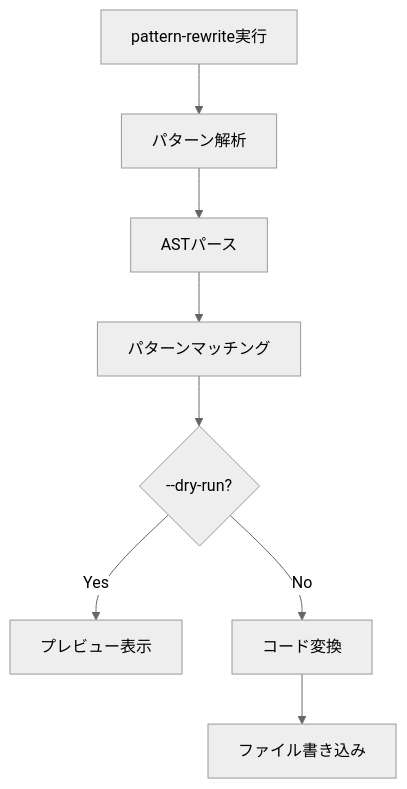
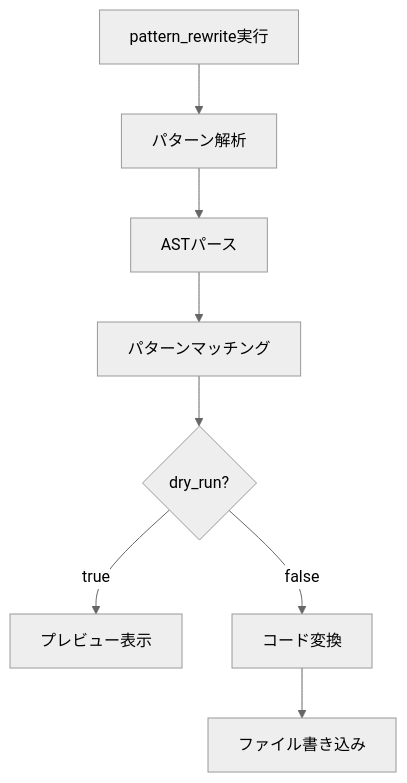
One commit to kamogashira-sys/q-cli-docs changed the second of 2 diagrams in kiro-docs/01_features/09_ASTPatternTools.md. Above: the diagram before and after it, drawn with Mermaid (neutral theme). The commit also changed other lines of this file and 44 other files, not shown here.

````diff
--- a/kiro-docs/01_features/09_ASTPatternTools.md
+++ b/kiro-docs/01_features/09_ASTPatternTools.md
@@ -369,10 +313,10 @@
 ```mermaid
 graph TD
-    A[pattern-rewrite実行] --> B[パターン解析]
+    A[pattern_rewrite実行] --> B[パターン解析]
     B --> C[ASTパース]
     C --> D[パターンマッチング]
-    D --> E{--dry-run?}
-    E -->|Yes| F[プレビュー表示]
-    E -->|No| G[コード変換]
+    D --> E{dry_run?}
+    E -->|true| F[プレビュー表示]
+    E -->|false| G[コード変換]
     G --> H[ファイル書き込み]
 ```
````
